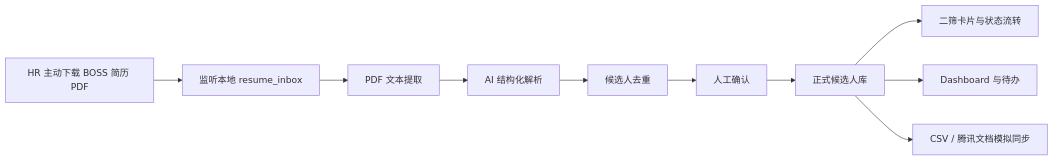
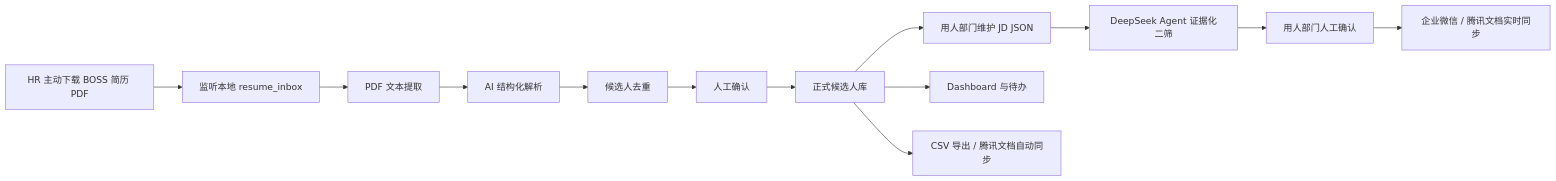
One commit to whencookeysleep/recruitflow-ai changed the diagram in recruitflow-ai/README.md. Above: the diagram before and after it, drawn with Mermaid. The commit also changed other lines of this file and 114 other files, not shown here.

````diff
--- a/recruitflow-ai/README.md
+++ b/recruitflow-ai/README.md
@@ -18,12 +34,15 @@
 ```mermaid
 flowchart LR
   A["HR 主动下载 BOSS 简历 PDF"] --> B["监听本地 resume_inbox"]
   B --> C["PDF 文本提取"]
   C --> D["AI 结构化解析"]
   D --> E["候选人去重"]
   E --> F["人工确认"]
   F --> G["正式候选人库"]
-  G --> H["二筛卡片与状态流转"]
+  G --> H["用人部门维护 JD JSON"]
+  H --> K["DeepSeek Agent 证据化二筛"]
+  K --> L["用人部门人工确认"]
+  L --> M["企业微信 / 腾讯文档实时同步"]
   G --> I["Dashboard 与待办"]
-  G --> J["CSV / 腾讯文档模拟同步"]
+  G --> J["CSV 导出 / 腾讯文档自动同步"]
 ```
````
